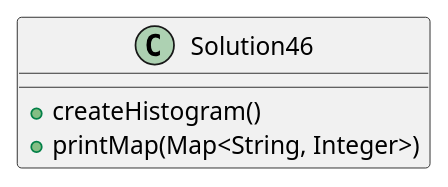
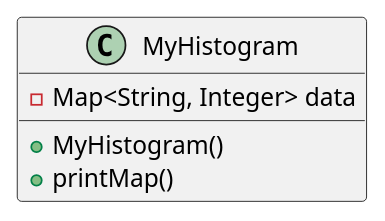
The diagram in exercise46/docs/46UML.puml (jmazor/mazor-a04), drawn with PlantUML before and after one commit. The commit also changed 3 other files, not shown here.

```diff
--- a/exercise46/docs/46UML.puml
+++ b/exercise46/docs/46UML.puml
@@ -1,9 +1,10 @@
 @startuml
 'https://plantuml.com/sequence-diagram
 
 
-class Solution46 {
-+createHistogram()
-+printMap(Map<String, Integer>)
+class MyHistogram {
+-Map<String, Integer> data
++MyHistogram()
++printMap()
 }
 @enduml
```
